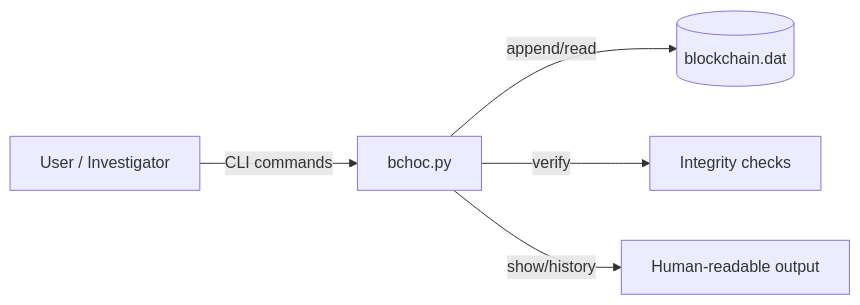
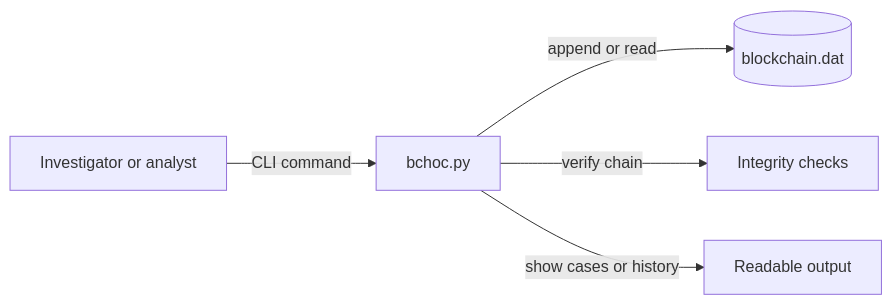
One commit to MrRedhu/CSE469 changed the diagram in README.md. Above: the diagram before and after it, drawn with Mermaid. The commit also changed other lines of this file, not shown here.

Commit message:
docs: reframe BCHOC as a secure-systems project

````diff
--- a/README.md
+++ b/README.md
@@ -9,7 +17,7 @@
 ```mermaid
 flowchart LR
-  U[User / Investigator] -->|CLI commands| CLI[bchoc.py]
-  CLI -->|append/read| LEDGER[(blockchain.dat)]
-  CLI -->|verify| VER[Integrity checks]
-  CLI -->|show/history| OUT[Human-readable output]
+  U[Investigator or analyst] -->|CLI command| CLI[bchoc.py]
+  CLI -->|append or read| LEDGER[(blockchain.dat)]
+  CLI -->|verify chain| VER[Integrity checks]
+  CLI -->|show cases or history| OUT[Readable output]
 ```
````
